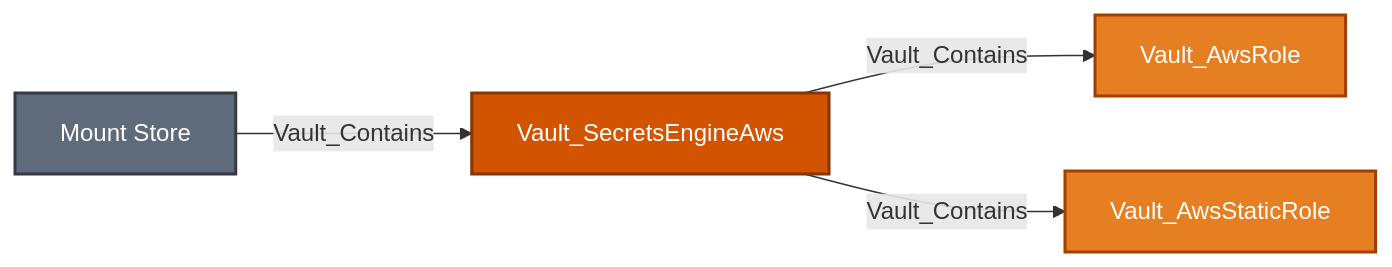
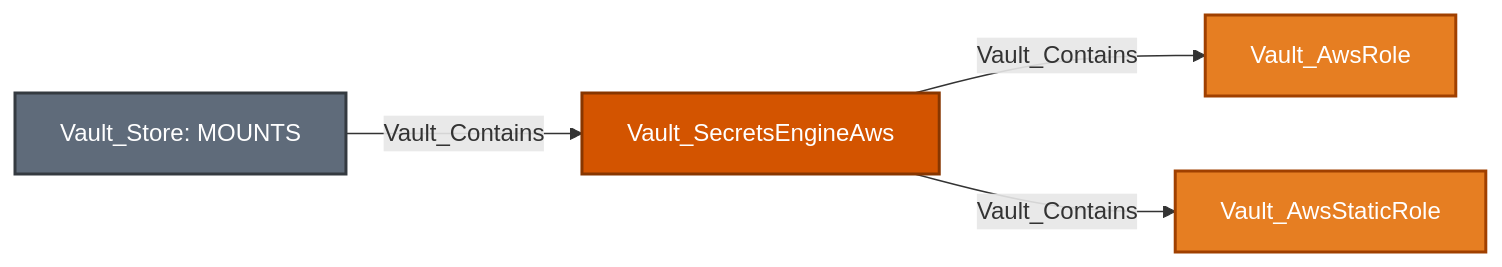
One commit to bytewreck/opengraph-vault changed the second of 29 diagrams in Documentation/stores/MOUNTS.md. Above: the diagram before and after it, drawn with Mermaid. The commit also changed other lines of this file and 13 other files, not shown here.

````diff
--- a/Documentation/stores/MOUNTS.md
+++ b/Documentation/stores/MOUNTS.md
@@ -136,10 +153,10 @@
 ```mermaid
 flowchart LR
-    store[Mount Store]:::storeNode -->|Vault_Contains| mount[Vault_SecretsEngineAws]:::mountNode
+    store[Vault_Store: MOUNTS]:::storeNode -->|Vault_Contains| mount[Vault_SecretsEngineAws]:::mountNode
     mount -->|Vault_Contains| dynamic[Vault_AwsRole]:::secretObjectNode
     mount -->|Vault_Contains| static[Vault_AwsStaticRole]:::secretObjectNode
 
     classDef storeNode fill:#5F6B7A,color:#fff,stroke:#343A40,stroke-width:2px
     classDef mountNode fill:#D35400,color:#fff,stroke:#873600,stroke-width:2px
     classDef secretObjectNode fill:#E67E22,color:#fff,stroke:#A04000,stroke-width:2px
 ```
````
